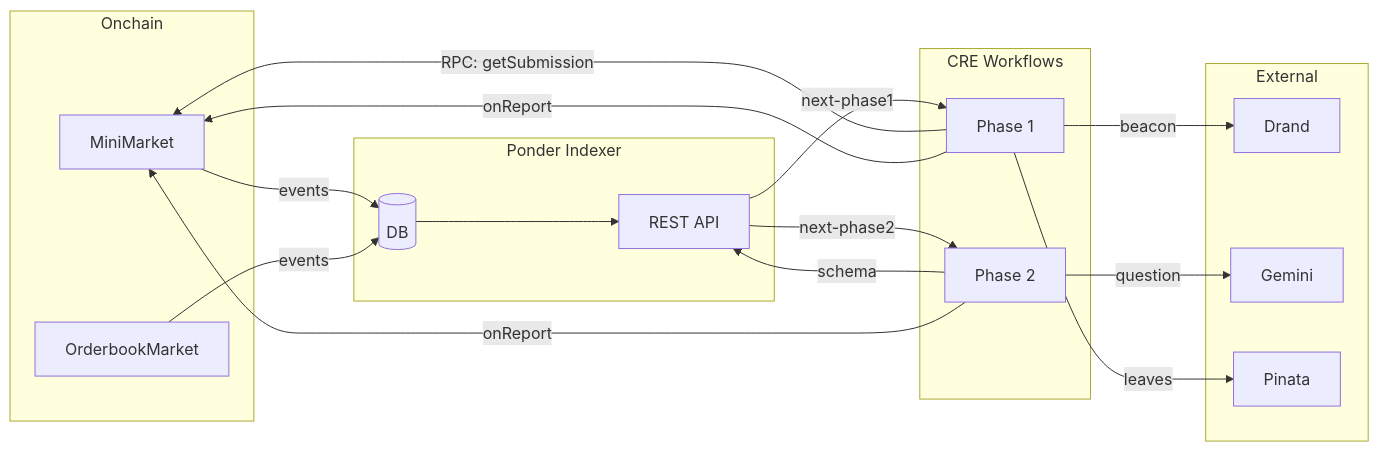
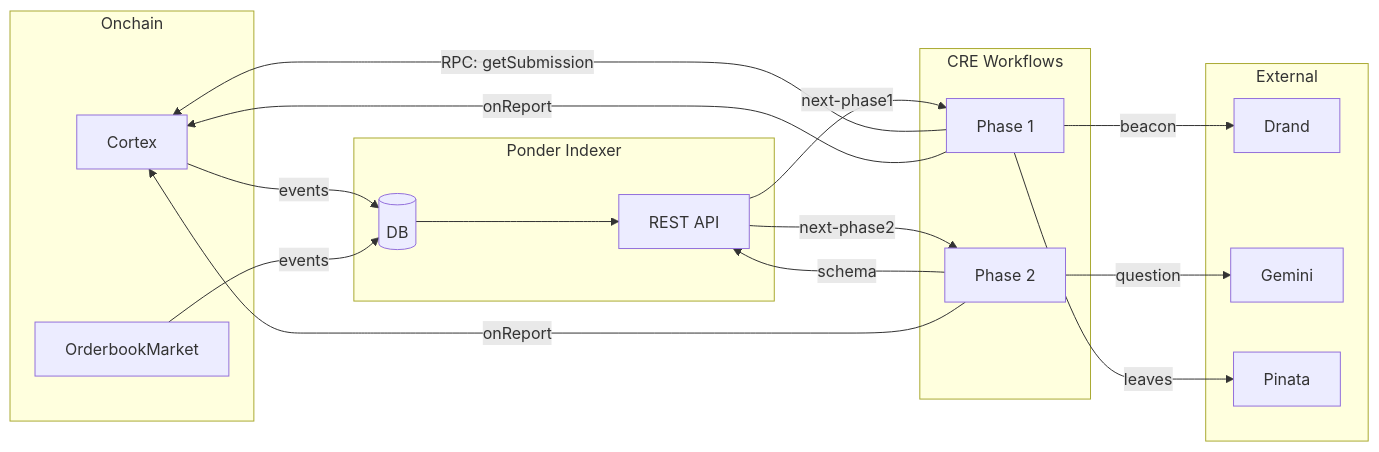
Before and after one commit to ztkdronecoder/MiniMarket: the second of 4 diagrams in README.md, drawn with Mermaid. The commit also changed other lines of this file and 38 other files, not shown here.

````diff
--- a/README.md
+++ b/README.md
@@ -112,38 +112,38 @@
 ```mermaid
 flowchart LR
     subgraph ONCHAIN["Onchain"]
-        MM[MiniMarket]
+        MM[Cortex]
         OB[OrderbookMarket]
     end
 
     subgraph PONDER["Ponder Indexer"]
         API[REST API]
         DB[(DB)]
     end
 
     subgraph CRE["CRE Workflows"]
         P1[Phase 1]
         P2[Phase 2]
     end
 
     subgraph EXTERNAL["External"]
         DRAND[Drand]
         GEMINI[Gemini]
         PINATA[Pinata]
     end
 
     MM -->|events| DB
     OB -->|events| DB
     DB --> API
 
     API -->|next-phase1| P1
     API -->|next-phase2| P2
     P1 -->|RPC: getSubmission| MM
     P1 -->|beacon| DRAND
     P1 -->|leaves| PINATA
     P1 -->|onReport| MM
 
     P2 -->|schema| API
     P2 -->|question| GEMINI
     P2 -->|onReport| MM
 ```
````
